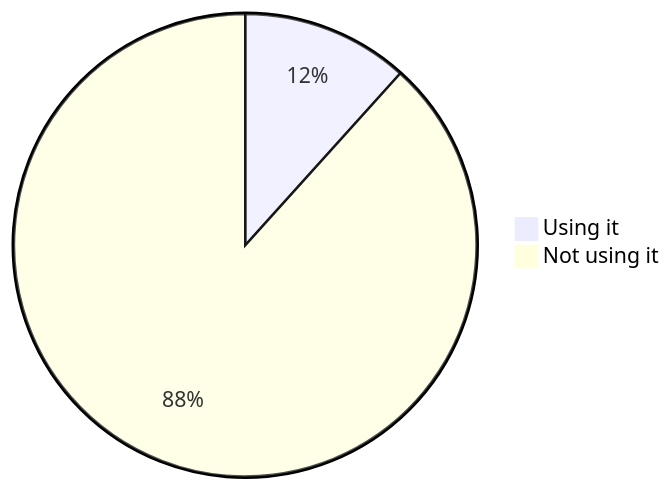
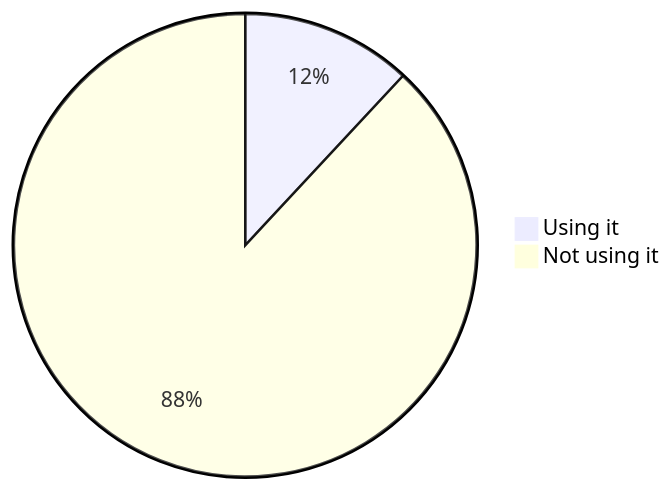
Before and after one commit to oshp/oshp-stats: diagram 13 of 22 in stats.md, drawn with Mermaid. The commit also changed other lines of this file, not shown here.

````diff
--- a/stats.md
+++ b/stats.md
@@ -154,6 +154,6 @@
 ```mermaid
 pie
-	"Using it" : 11.68
-	"Not using it" : 88.32
+	"Using it" : 11.93
+	"Not using it" : 88.07
 
 ```
````
